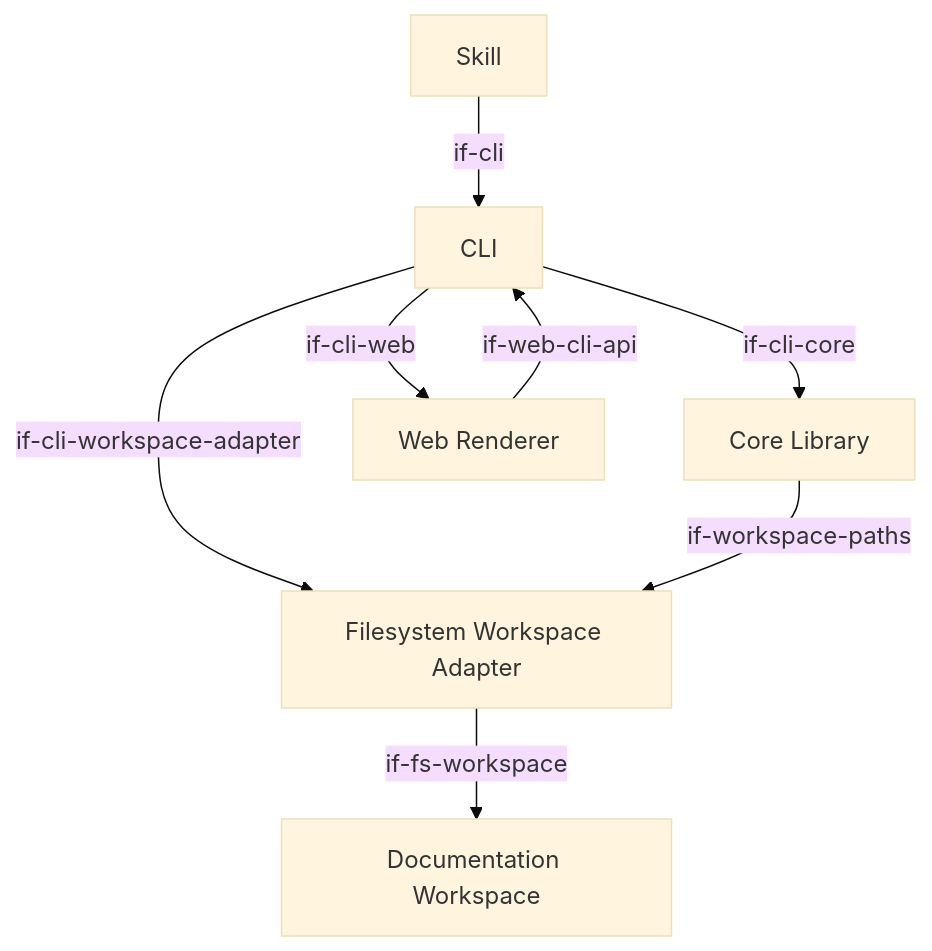
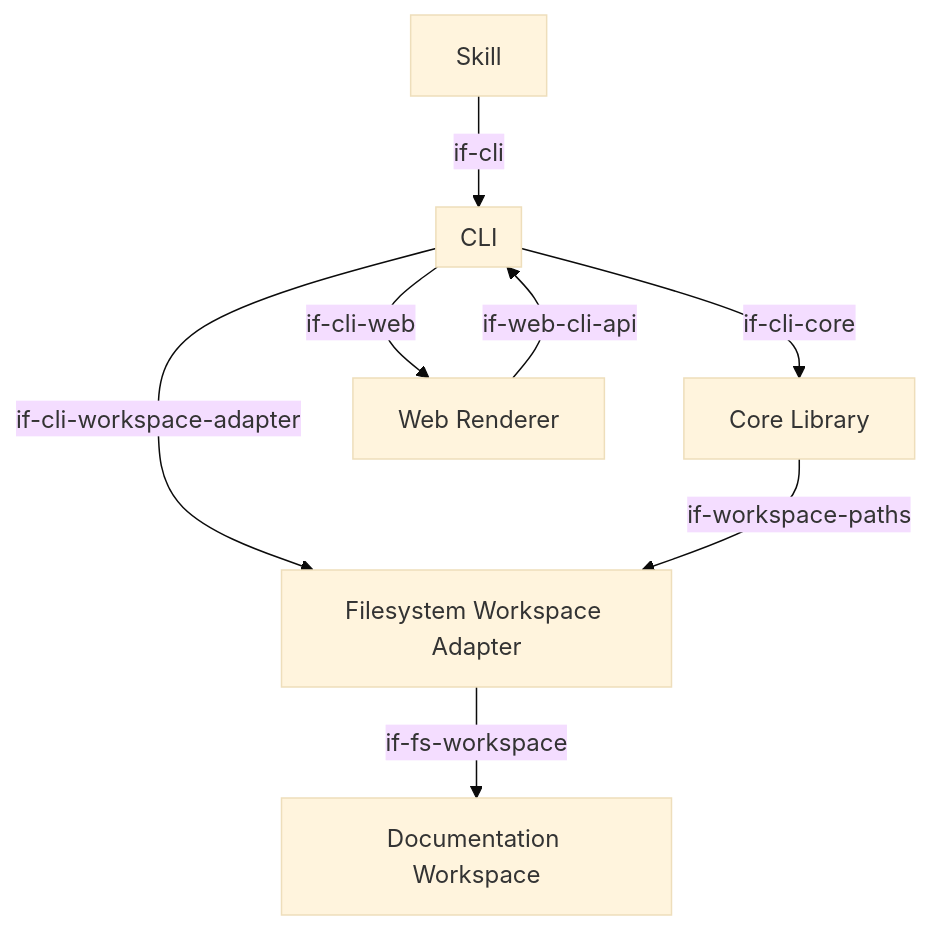
The first of 3 diagrams in docs/arc42/05-building-blocks.arc42.md (docToolchain/arc42-language), drawn with Mermaid (base theme) before and after one commit. The commit also changed other lines of this file and 8 other files, not shown here.

````diff
--- a/docs/arc42/05-building-blocks.arc42.md
+++ b/docs/arc42/05-building-blocks.arc42.md
@@ -16,17 +17,18 @@
 ```mermaid
 graph TD
-    bb-cli["CLI"]
+    subgraph bb-cli["CLI"]
+    end
     bb-core["Core Library"]
     bb-workspace-fs["Filesystem Workspace Adapter"]
     bb-skill["Skill"]
     bb-web-renderer["Web Renderer"]
     bb-workspace["Documentation Workspace"]
 
     bb-cli -->|"if-cli-core"| bb-core
     bb-cli -->|"if-cli-workspace-adapter"| bb-workspace-fs
     bb-workspace-fs -->|"if-fs-workspace"| bb-workspace
     bb-core -->|"if-workspace-paths"| bb-workspace-fs
     bb-cli -->|"if-cli-web"| bb-web-renderer
     bb-web-renderer -->|"if-web-cli-api"| bb-cli
     bb-skill -->|"if-cli"| bb-cli
 ```
````
